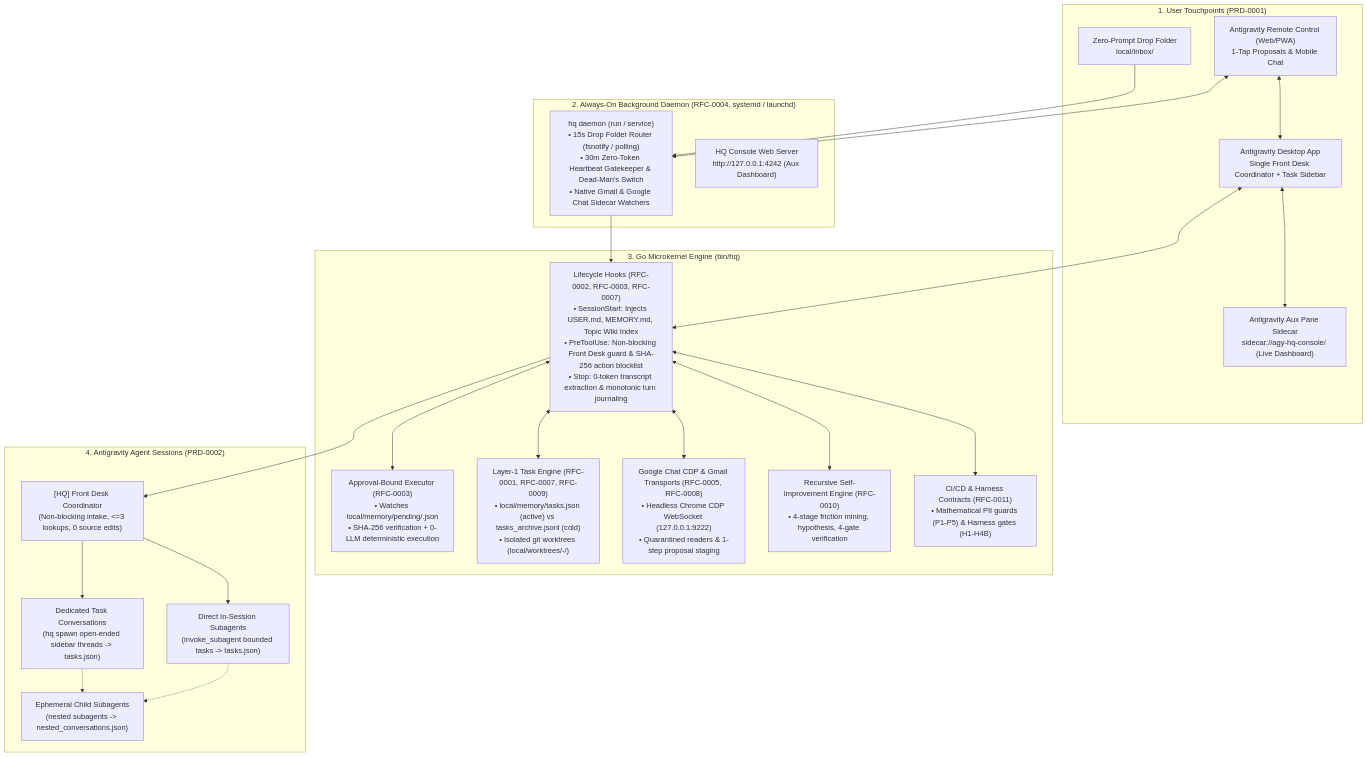
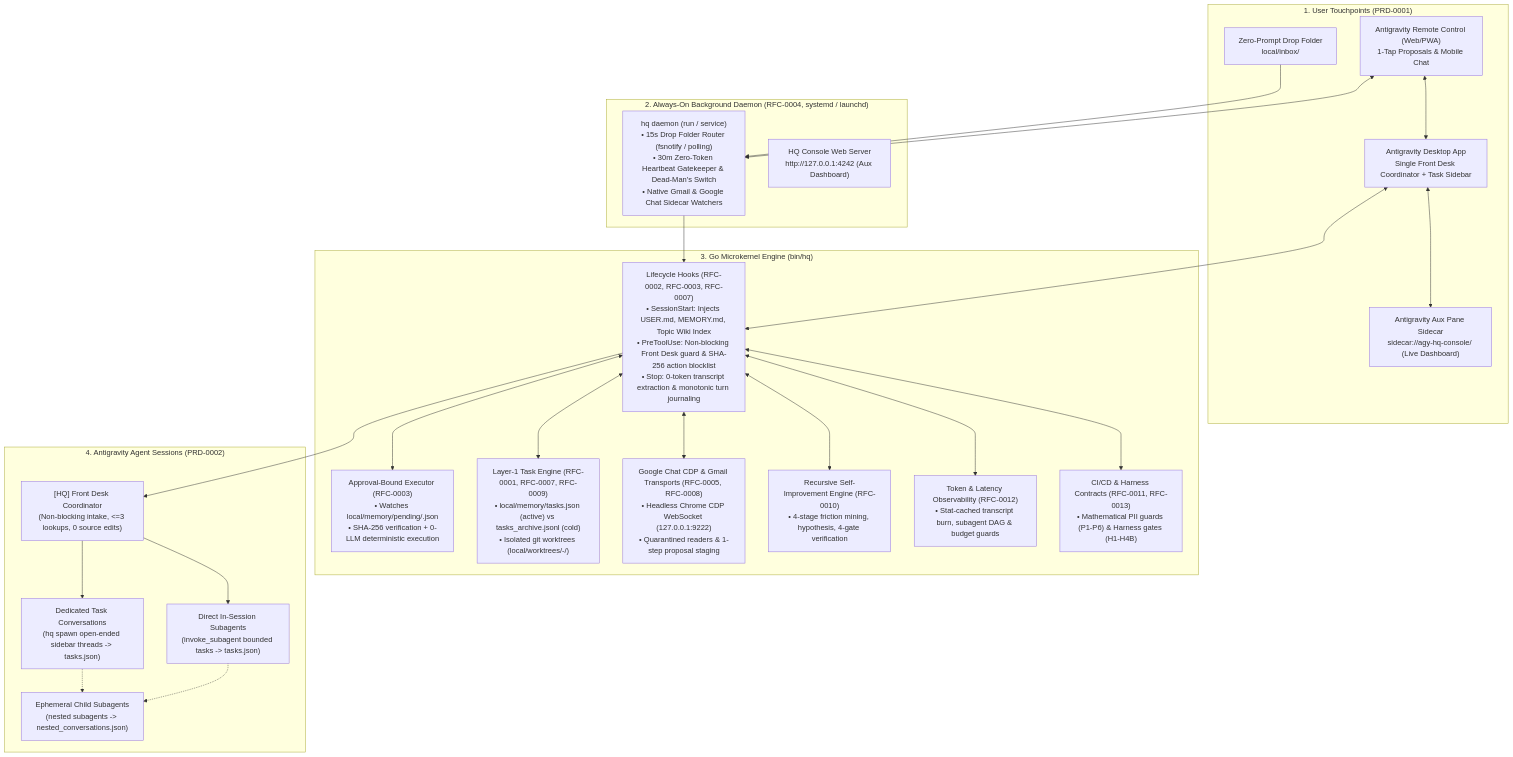
The first of 4 diagrams in docs/architecture.md (zjshen14/agy-hq), drawn with Mermaid before and after one commit. The commit also changed other lines of this file and 9 other files, not shown here.

````diff
--- a/docs/architecture.md
+++ b/docs/architecture.md
@@ -20,47 +20,49 @@
 ```mermaid
 flowchart TB
   subgraph Touchpoints["1. User Touchpoints (PRD-0001)"]
     RC["Antigravity Remote Control (Web/PWA)\n1-Tap Proposals & Mobile Chat"]
     DESK["Antigravity Desktop App\nSingle Front Desk Coordinator + Task Sidebar"]
     SIDECAR["Antigravity Aux Pane Sidecar\nsidecar://agy-hq-console/ (Live Dashboard)"]
     DROP["Zero-Prompt Drop Folder\nlocal/inbox/"]
   end
 
   subgraph DaemonLayer["2. Always-On Background Daemon (RFC-0004, systemd / launchd)"]
     DAEMON["hq daemon (run / service)\n• 15s Drop Folder Router (fsnotify / polling)\n• 30m Zero-Token Heartbeat Gatekeeper & Dead-Man's Switch\n• Native Gmail & Google Chat Sidecar Watchers"]
     WEBUI["HQ Console Web Server\nhttp://127.0.0.1:4242 (Aux Dashboard)"]
   end
 
   subgraph Microkernel["3. Go Microkernel Engine (bin/hq)"]
     HOOKS["Lifecycle Hooks (RFC-0002, RFC-0003, RFC-0007)\n• SessionStart: Injects USER.md, MEMORY.md, Topic Wiki Index\n• PreToolUse: Non-blocking Front Desk guard & SHA-256 action blocklist\n• Stop: 0-token transcript extraction & monotonic turn journaling"]
     EXEC["Approval-Bound Executor (RFC-0003)\n• Watches local/memory/pending/<id>.json\n• SHA-256 verification + 0-LLM deterministic execution"]
     TASKS["Layer-1 Task Engine (RFC-0001, RFC-0007, RFC-0009)\n• local/memory/tasks.json (active) vs tasks_archive.jsonl (cold)\n• Isolated git worktrees (local/worktrees/<repo>-<task>/)"]
     GCHAT["Google Chat CDP & Gmail Transports (RFC-0005, RFC-0008)\n• Headless Chrome CDP WebSocket (127.0.0.1:9222)\n• Quarantined readers & 1-step proposal staging"]
     RSI["Recursive Self-Improvement Engine (RFC-0010)\n• 4-stage friction mining, hypothesis, 4-gate verification"]
-    CI["CI/CD & Harness Contracts (RFC-0011)\n• Mathematical PII guards (P1-P5) & Harness gates (H1-H4B)"]
+    OBS["Token & Latency Observability (RFC-0012)\n• Stat-cached transcript burn, subagent DAG & budget guards"]
+    CI["CI/CD & Harness Contracts (RFC-0011, RFC-0013)\n• Mathematical PII guards (P1-P6) & Harness gates (H1-H4B)"]
   end
 
   subgraph AgentLayer["4. Antigravity Agent Sessions (PRD-0002)"]
     FD["[HQ] Front Desk Coordinator\n(Non-blocking intake, <=3 lookups, 0 source edits)"]
     SUB["Direct In-Session Subagents\n(invoke_subagent bounded tasks -> tasks.json)"]
     TASKCONV["Dedicated Task Conversations\n(hq spawn open-ended sidebar threads -> tasks.json)"]
     CHILD["Ephemeral Child Subagents\n(nested subagents -> nested_conversations.json)"]
   end
 
   RC <--> DESK
   RC <--> DAEMON
   DESK <--> SIDECAR
   DROP --> DAEMON
   DAEMON --> HOOKS
   DESK <--> HOOKS
   HOOKS --> FD
   FD --> SUB
   FD --> TASKCONV
   SUB -.-> CHILD
   TASKCONV -.-> CHILD
   HOOKS <--> EXEC
   HOOKS <--> TASKS
   HOOKS <--> GCHAT
   HOOKS <--> RSI
+  HOOKS <--> OBS
   HOOKS <--> CI
 ```
````
